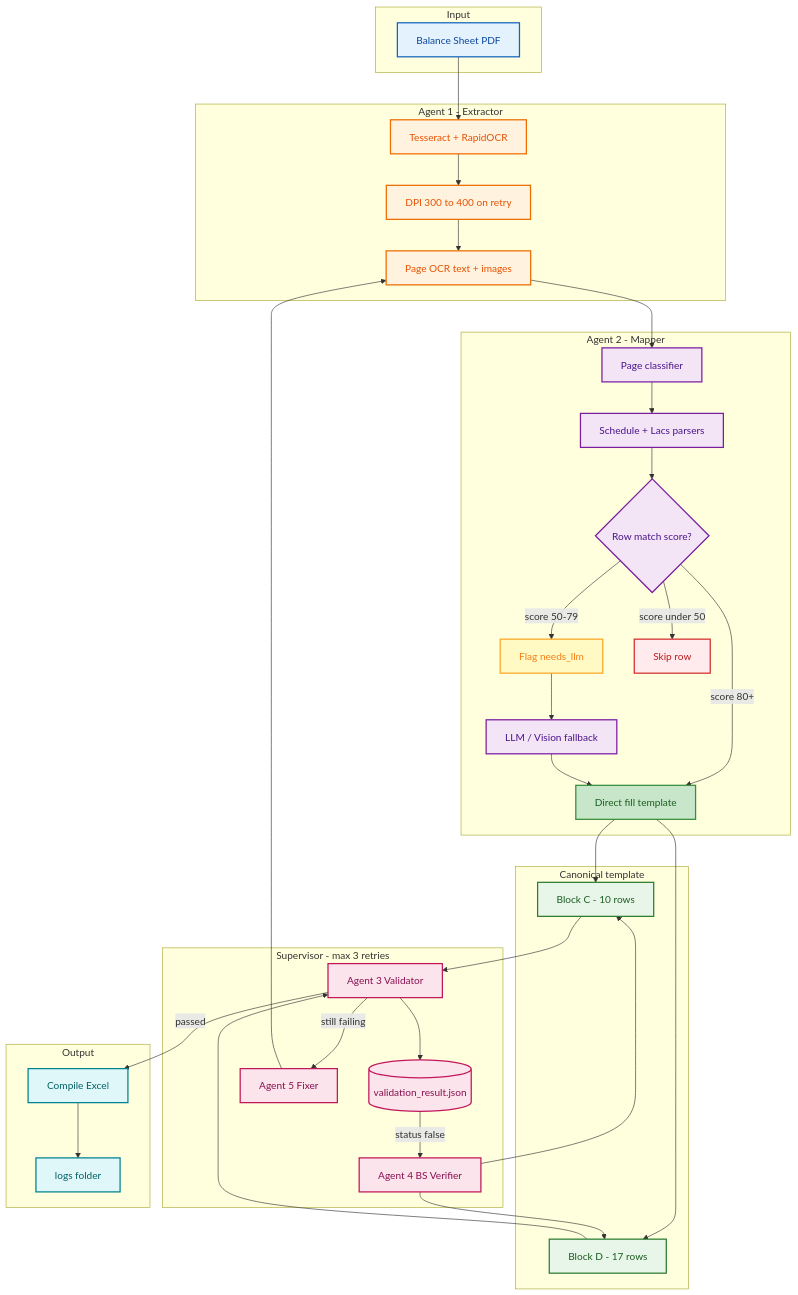
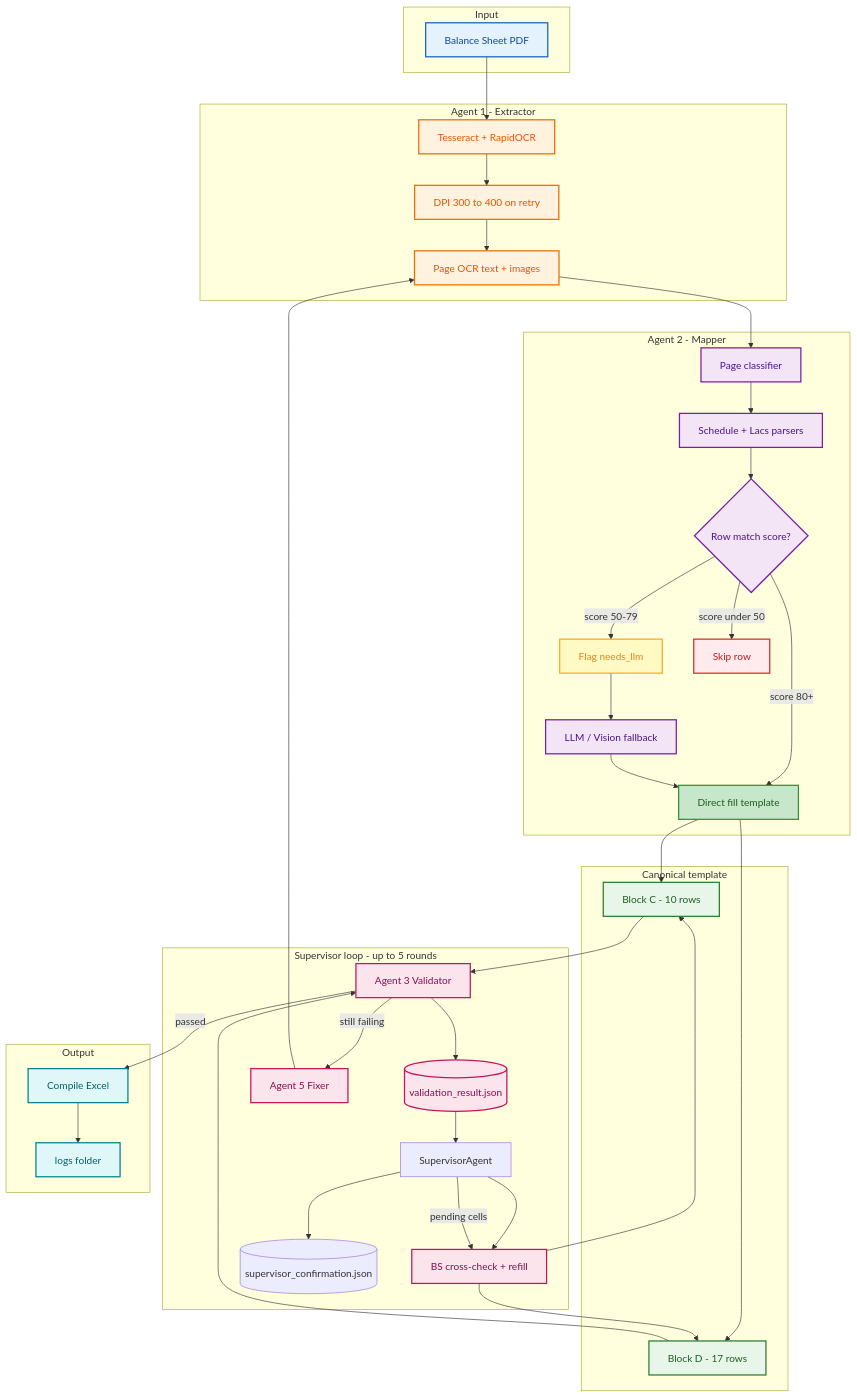
Before and after one commit to AnshuML/data_extraction: the first of 2 diagrams in README.md, drawn with Mermaid. The commit also changed other lines of this file and 25 other files, not shown here.

```diff
--- a/README.md
+++ b/README.md
@@ -35,10 +120,12 @@
         BD["Block D - 17 rows"]
     end
 
-    subgraph supervisorZone["Supervisor - max 3 retries"]
+    subgraph supervisorZone["Supervisor loop - up to 5 rounds"]
         VAL["Agent 3 Validator"]
         JSON[(validation_result.json)]
-        BSV["Agent 4 BS Verifier"]
+        SUP["SupervisorAgent"]
+        BSV["BS cross-check + refill"]
+        CONF[(supervisor_confirmation.json)]
         FIX["Agent 5 Fixer"]
     end
 
@@ -63,9 +150,12 @@
     BC --> VAL
     BD --> VAL
     VAL --> JSON
-    JSON -->|status false| BSV
+    JSON --> SUP
+    SUP --> BSV
     BSV --> BD
     BSV --> BC
+    SUP --> CONF
+    SUP -->|pending cells| BSV
     VAL -->|still failing| FIX
     FIX --> PAGES
     VAL -->|passed| XLSX
```
